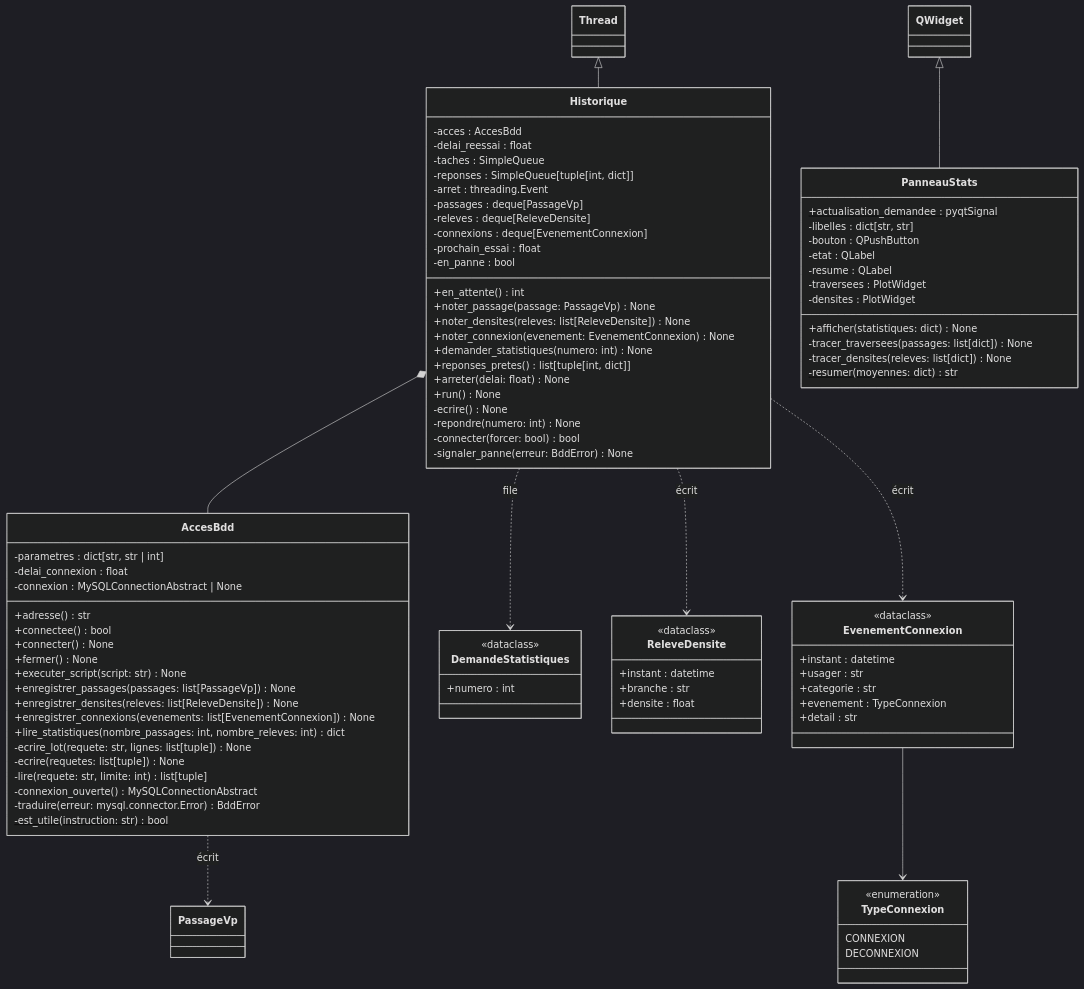
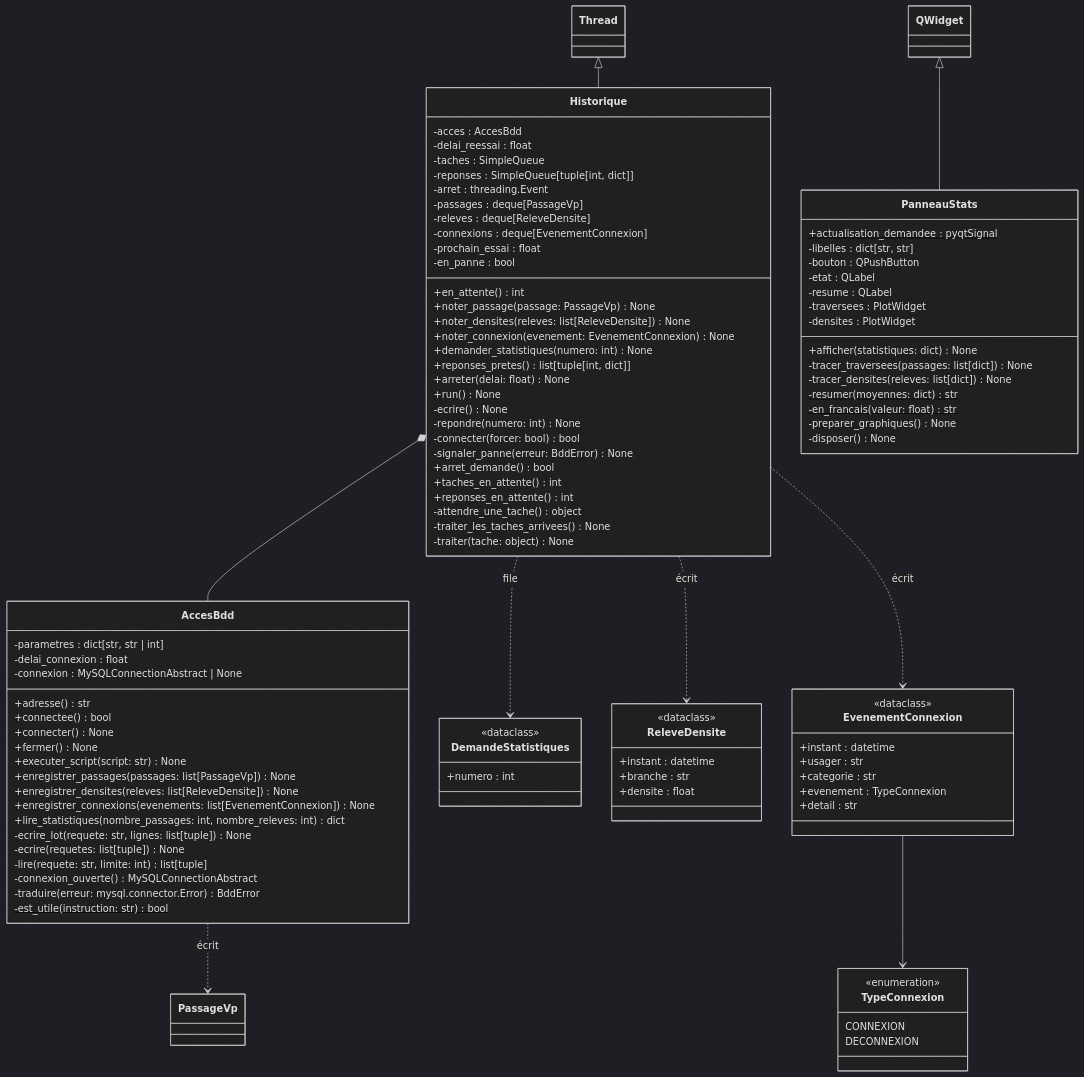
Before and after one commit to vRayzix/SAE3.02_Developper-une-application-communicante: diagram 12 of 12 in docs/uml.md, drawn with Mermaid (dark theme). The commit also changed other lines of this file and 1 other file, not shown here.

First line of the commit message:
docs(uml): diagramme final, membres et dépendances repris du code

```diff
--- a/docs/uml.md
+++ b/docs/uml.md
@@ -1083,6 +1119,12 @@
         -repondre(numero: int) None
         -connecter(forcer: bool) bool
         -signaler_panne(erreur: BddError) None
+        +arret_demande() bool
+        +taches_en_attente() int
+        +reponses_en_attente() int
+        -attendre_une_tache() object
+        -traiter_les_taches_arrivees() None
+        -traiter(tache: object) None
     }
 
     class DemandeStatistiques {
@@ -1124,6 +1166,9 @@
         -tracer_traversees(passages: list[dict]) None
         -tracer_densites(releves: list[dict]) None
         -resumer(moyennes: dict) str$
+        -en_francais(valeur: float) str$
+        -preparer_graphiques() None
+        -disposer() None
     }
 
     Thread <|-- Historique
```
